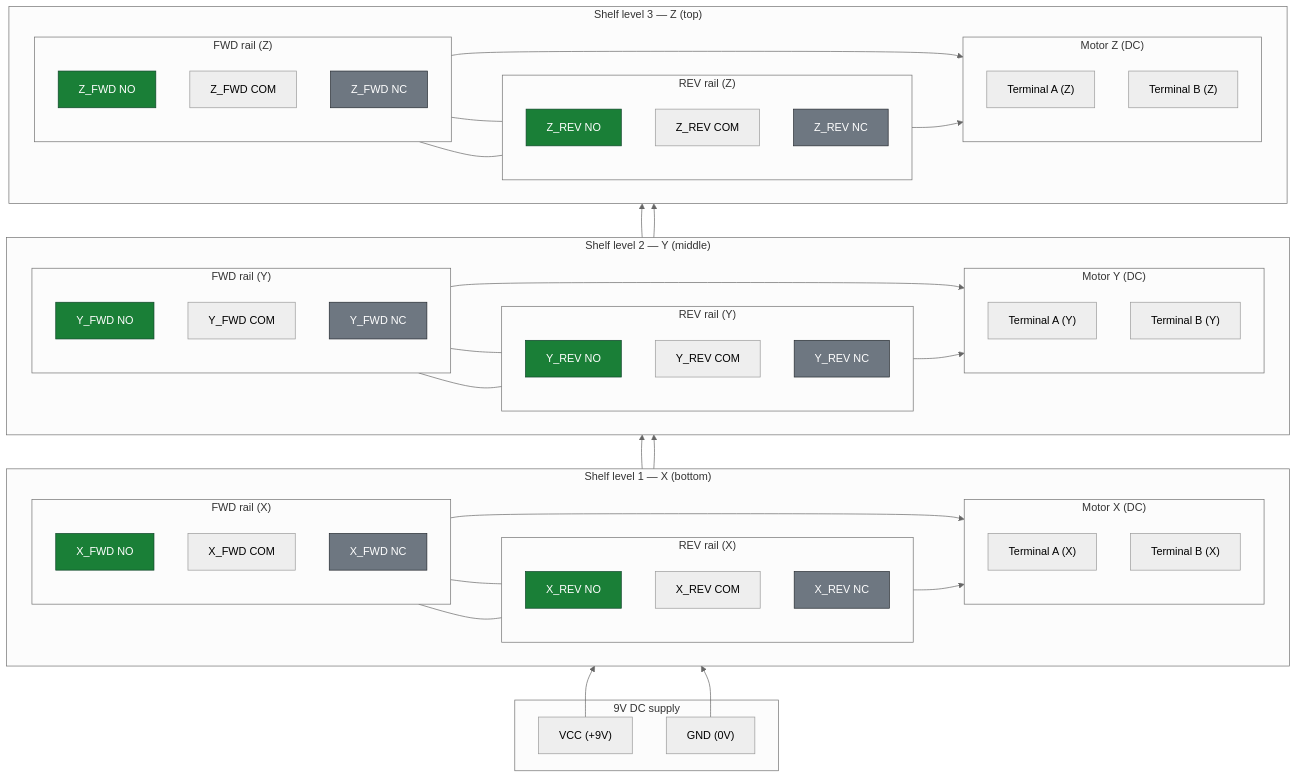
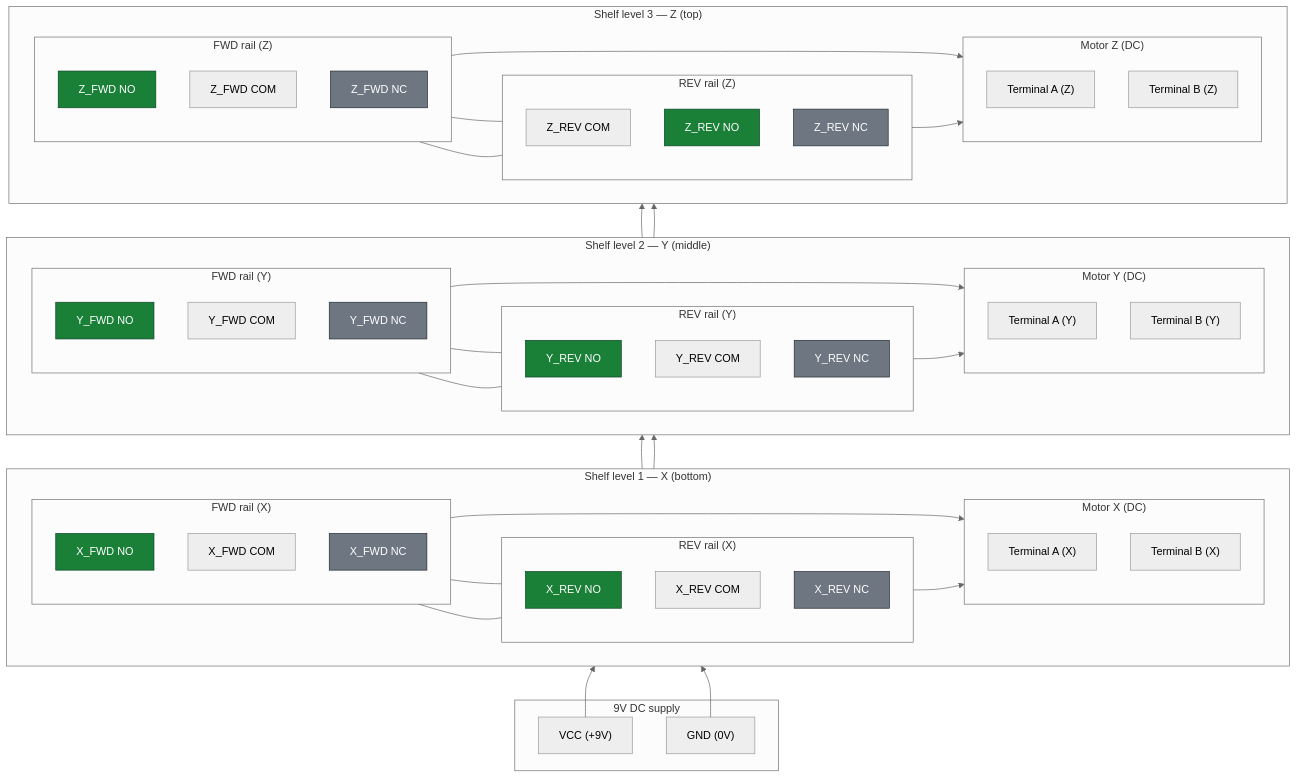
Before and after one commit to SB-312/Proyecto-Intermedio-IIoT: the diagram in SEGUNDO CORTE/README.md, drawn with Mermaid (neutral theme). The commit also changed other lines of this file, not shown here.

```diff
--- a/SEGUNDO CORTE/README.md
+++ b/SEGUNDO CORTE/README.md
@@ -15,8 +15,8 @@
   direction LR
   subgraph ZREV["REV rail (Z)"]
     direction TB
+    Z_REV_COM["Z_REV COM"]
     Z_REV_NO["Z_REV NO"]
-    Z_REV_COM["Z_REV COM"]
     Z_REV_NC["Z_REV NC"]
   end
   subgraph ZFWD["FWD rail (Z)"]
```
